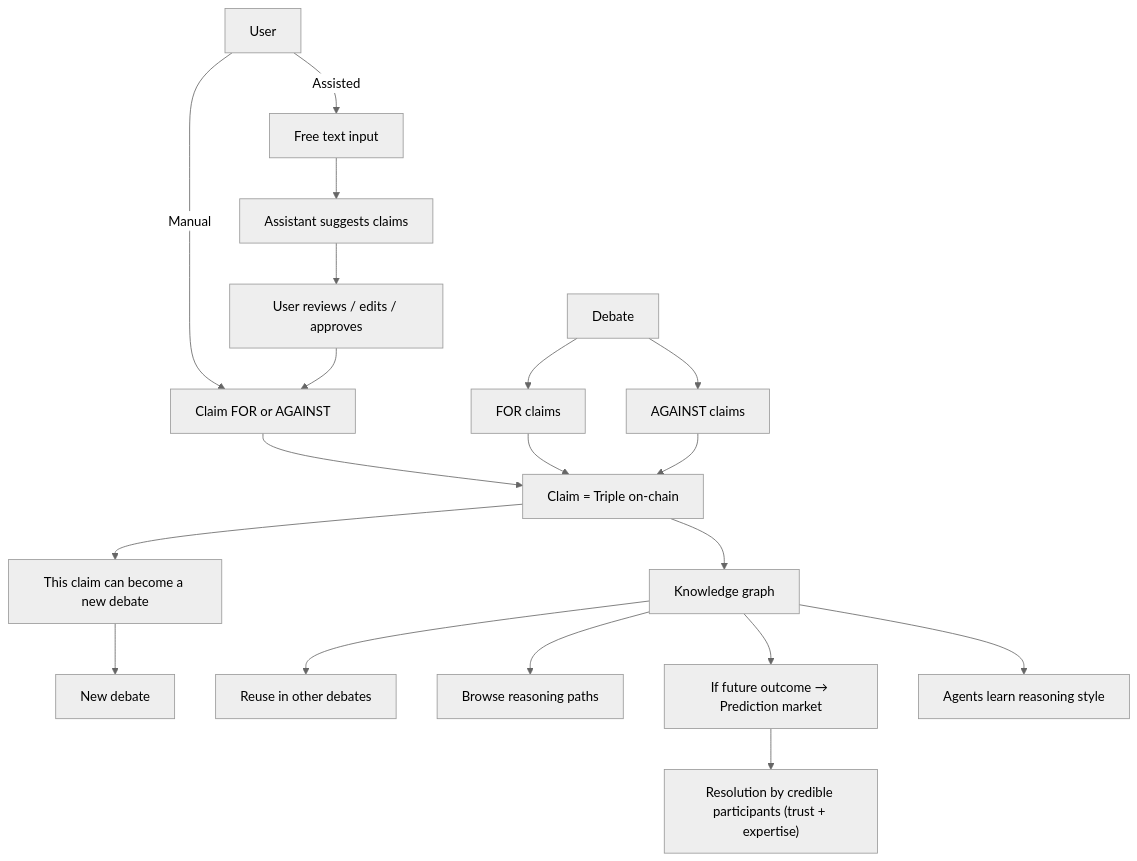
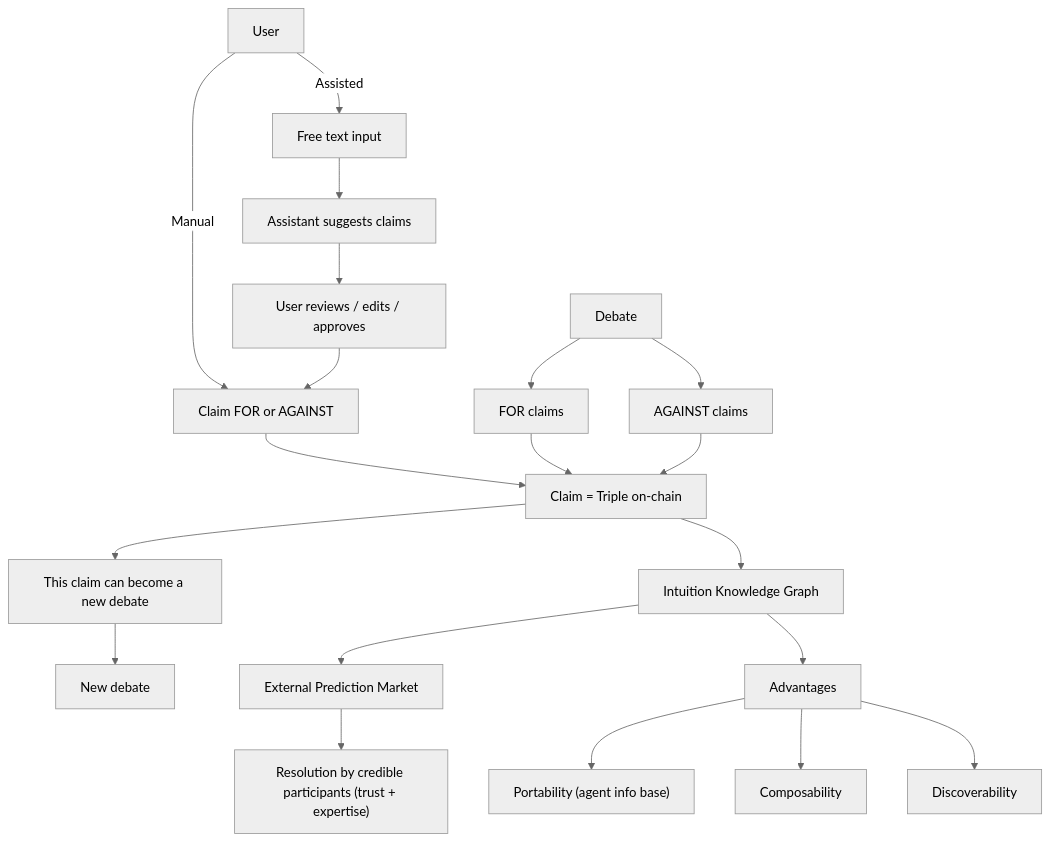
Before and after one commit to Jade-m22/noname_app: the diagram in docs/overview.md, drawn with Mermaid (neutral theme). The commit also changed other lines of this file and 14 other files, not shown here.

````diff
--- a/docs/overview.md
+++ b/docs/overview.md
@@ -29,21 +58,22 @@
 ```mermaid
 flowchart TD
     U["User"] -- Manual --> C["Claim FOR or AGAINST"]
     U -- Assisted --> TXT["Free text input"]
     TXT --> AI["Assistant suggests claims"]
     AI --> VAL["User reviews / edits / approves"]
     VAL --> C
     S["Debate"] --> P["FOR claims"]
     S --> N["AGAINST claims"]
     C --> T["Claim = Triple on-chain"]
     P --> T
     N --> T
     T --> ND["This claim can become a new debate"]
-    T --> G["Knowledge graph"]
+    T --> G["Intuition Knowledge Graph"]
     ND --> S2["New debate"]
-    G --> REUSE["Reuse in other debates"]
-    G --> NAV["Browse reasoning paths"]
-    G --> PM["If future outcome → Prediction market"]
-    G --> AG["Agents learn reasoning style"]
-    PM --> OR["Resolution by credible participants (trust + expertise)"]
+    G --> EXT["External Prediction Market"]
+    G --> ADV["Advantages"]
+    ADV --> PORT["Portability (agent info base)"]
+    ADV --> COMP["Composability"]
+    ADV --> DISC["Discoverability"]
+    EXT --> OR["Resolution by credible participants (trust + expertise)"]
 ```
````
